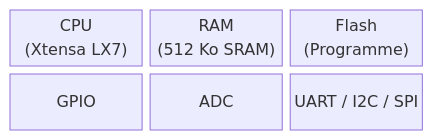
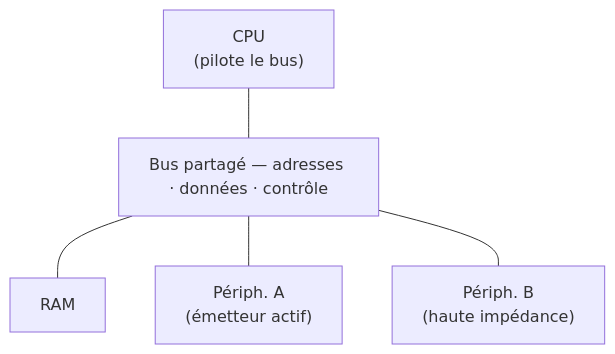
The diagram in _workshops/microcontroleur/concepts/architecture-microcontroleur.md (Makerspace-Amiens/makerspace-doc), drawn with Mermaid before and after one commit. The commit also changed other lines of this file and 8 other files, not shown here.

````diff
--- a/_workshops/microcontroleur/concepts/architecture-microcontroleur.md
+++ b/_workshops/microcontroleur/concepts/architecture-microcontroleur.md
@@ -28,6 +109,12 @@
 ```mermaid
-block-beta
-  columns 3
-  CPU["CPU\n(Xtensa LX7)"] RAM["RAM\n(512 Ko SRAM)"] FLASH["Flash\n(Programme)"]
-  GPIO["GPIO"] ADC["ADC"] UART["UART / I2C / SPI"]
+flowchart TB
+  CPU["CPU\n(pilote le bus)"]
+  BUS["Bus partagé — adresses · données · contrôle"]
+  RAM["RAM"]
+  PA["Périph. A\n(émetteur actif)"]
+  PB["Périph. B\n(haute impédance)"]
+  CPU --- BUS
+  BUS --- RAM
+  BUS --- PA
+  BUS --- PB
 ```
````
